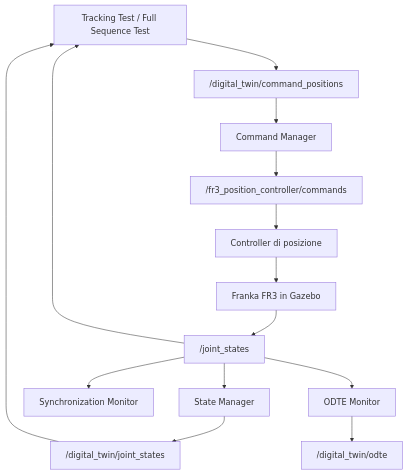
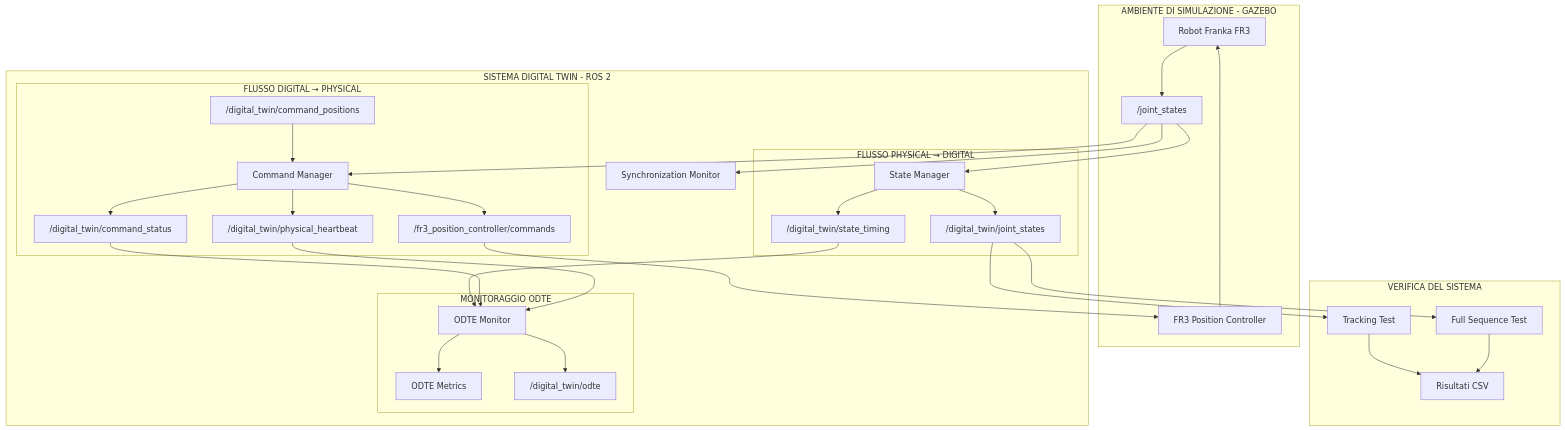
Before and after one commit to chiarabrignani/franka_digital_twin: the first of 4 diagrams in docs/architecture.md, drawn with Mermaid. The commit also changed other lines of this file and 12 other files, not shown here.

Commit message:
Complete Digital Twin monitoring and ODTE implementation

````diff
--- a/docs/architecture.md
+++ b/docs/architecture.md
@@ -22,31 +31,71 @@
 ```mermaid
-flowchart TD
-    TEST["Tracking Test / Full Sequence Test"]
-    CMD["Command Manager"]
-    CMD_TOPIC["/digital_twin/command_positions"]
-    CTRL_TOPIC["/fr3_position_controller/commands"]
-    CTRL["Controller di posizione"]
-    ROBOT["Franka FR3 in Gazebo"]
+flowchart TB
 
-    JS["/joint_states"]
-    SM["State Manager"]
-    DT_TOPIC["/digital_twin/joint_states"]
-    SYNC["Synchronization Monitor"]
-    ODTE["ODTE Monitor"]
-    ODTE_TOPIC["/digital_twin/odte"]
+    subgraph PHYSICAL["AMBIENTE DI SIMULAZIONE - GAZEBO"]
+        ROBOT["Robot Franka FR3"]
+        CONTROLLER["FR3 Position Controller"]
+        JOINTS["/joint_states"]
 
-    TEST --> CMD_TOPIC
-    CMD_TOPIC --> CMD
-    CMD --> CTRL_TOPIC
-    CTRL_TOPIC --> CTRL
-    CTRL --> ROBOT
+        CONTROLLER --> ROBOT
+        ROBOT --> JOINTS
+    end
 
-    ROBOT --> JS
-    JS --> SM
-    SM --> DT_TOPIC
-    JS --> SYNC
-    JS --> ODTE
-    JS --> TEST
-    DT_TOPIC --> TEST
-    ODTE --> ODTE_TOPIC
+    subgraph DIGITAL["SISTEMA DIGITAL TWIN - ROS 2"]
+
+        subgraph P2D["FLUSSO PHYSICAL → DIGITAL"]
+            STATE["State Manager"]
+            DT_STATE["/digital_twin/joint_states"]
+            TIMING["/digital_twin/state_timing"]
+
+            STATE --> DT_STATE
+            STATE --> TIMING
+        end
+
+        subgraph D2P["FLUSSO DIGITAL → PHYSICAL"]
+            INPUT_TOPIC["/digital_twin/command_positions"]
+            COMMAND["Command Manager"]
+            COMMAND_TOPIC["/fr3_position_controller/commands"]
+            STATUS["/digital_twin/command_status"]
+            HEARTBEAT["/digital_twin/physical_heartbeat"]
+
+            INPUT_TOPIC --> COMMAND
+            COMMAND --> COMMAND_TOPIC
+            COMMAND --> STATUS
+            COMMAND --> HEARTBEAT
+        end
+
+        SYNC["Synchronization Monitor"]
+
+        subgraph MONITORING["MONITORAGGIO ODTE"]
+            METRICS["ODTE Metrics"]
+            ODTE["ODTE Monitor"]
+            RESULTS["/digital_twin/odte"]
+
+            ODTE --> METRICS
+            ODTE --> RESULTS
+        end
+
+    end
+
+    subgraph TESTS["VERIFICA DEL SISTEMA"]
+        TRACKING["Tracking Test"]
+        SEQUENCE["Full Sequence Test"]
+        CSV["Risultati CSV"]
+
+        TRACKING --> CSV
+        SEQUENCE --> CSV
+    end
+
+    JOINTS --> STATE
+    JOINTS --> SYNC
+    JOINTS --> COMMAND
+
+    DT_STATE --> TRACKING
+    DT_STATE --> SEQUENCE
+
+    COMMAND_TOPIC --> CONTROLLER
+
+    TIMING --> ODTE
+    STATUS --> ODTE
+    HEARTBEAT --> ODTE
 ```
````
